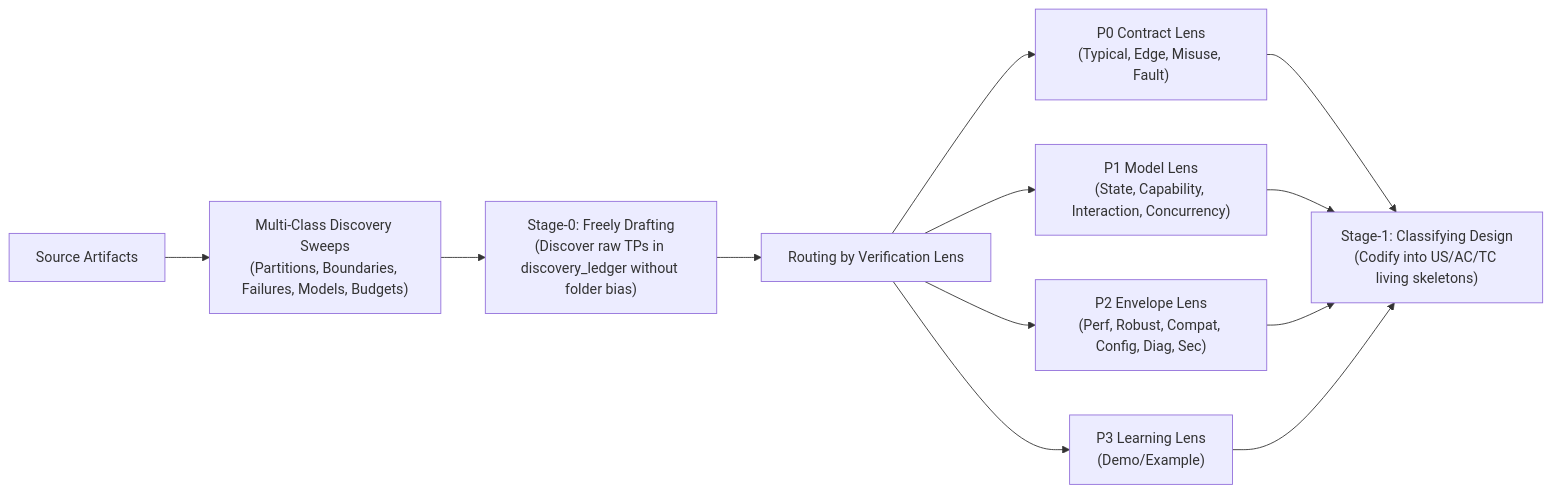
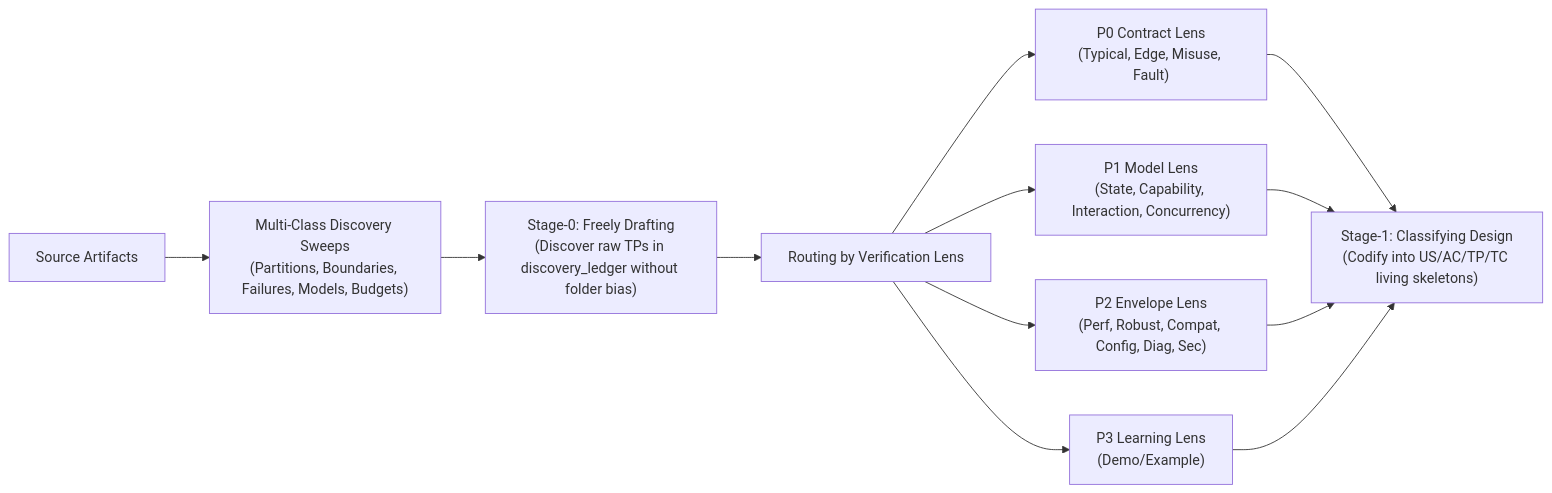
Before and after one commit to EnigmaWU/MyCaTDD: the third of 3 diagrams in README_UbiLang.md, drawn with Mermaid. The commit also changed other lines of this file and 29 other files, not shown here.

````diff
--- a/README_UbiLang.md
+++ b/README_UbiLang.md
@@ -187,14 +202,14 @@
 ```mermaid
 flowchart LR
     Sources["Source Artifacts"] --> Sweep["Multi-Class Discovery Sweeps<br/>(Partitions, Boundaries, Failures, Models, Budgets)"]
     Sweep --> Stage0["Stage-0: Freely Drafting<br/>(Discover raw TPs in discovery_ledger without folder bias)"]
     Stage0 --> Route["Routing by Verification Lens"]
     Route --> P0["P0 Contract Lens<br/>(Typical, Edge, Misuse, Fault)"]
     Route --> P1["P1 Model Lens<br/>(State, Capability, Interaction, Concurrency)"]
     Route --> P2["P2 Envelope Lens<br/>(Perf, Robust, Compat, Config, Diag, Sec)"]
     Route --> P3["P3 Learning Lens<br/>(Demo/Example)"]
-    P0 --> Stage1["Stage-1: Classifying Design<br/>(Codify into US/AC/TC living skeletons)"]
+    P0 --> Stage1["Stage-1: Classifying Design<br/>(Codify into US/AC/TP/TC living skeletons)"]
     P1 --> Stage1
     P2 --> Stage1
     P3 --> Stage1
 ```
````
